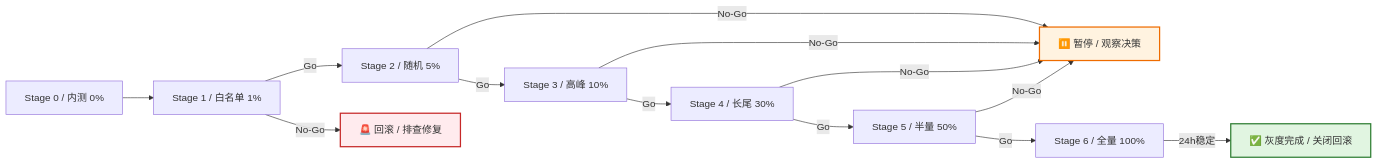
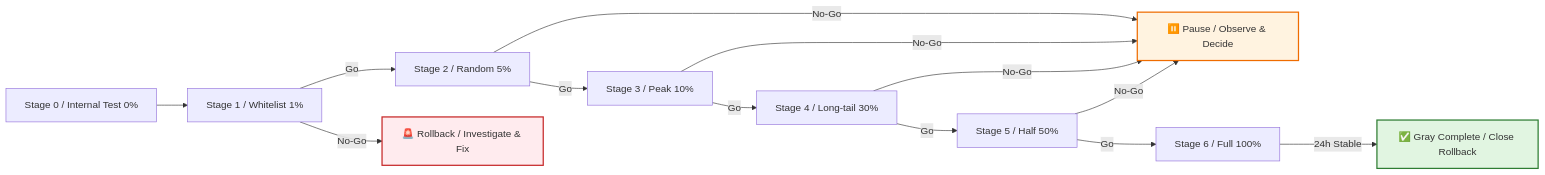
Before and after one commit to Kirky-X/cangjie: the sixth of 9 diagrams in templates/产品/交付层/【模板】灰度方案.md, drawn with Mermaid. The commit also changed other lines of this file and 46 other files, not shown here.

````diff
--- a/templates/产品/交付层/【模板】灰度方案.md
+++ b/templates/产品/交付层/【模板】灰度方案.md
@@ -317,19 +317,19 @@
 ```mermaid
 flowchart LR
-    S0[Stage 0 / 内测 0%] --> S1[Stage 1 / 白名单 1%]
-    S1 -->|Go| S2[Stage 2 / 随机 5%]
-    S1 -->|No-Go| R1[🚨 回滚 / 排查修复]
-    S2 -->|Go| S3[Stage 3 / 高峰 10%]
-    S2 -->|No-Go| R2[⏸️ 暂停 / 观察决策]
-    S3 -->|Go| S4[Stage 4 / 长尾 30%]
+    S0[Stage 0 / Internal Test 0%] --> S1[Stage 1 / Whitelist 1%]
+    S1 -->|Go| S2[Stage 2 / Random 5%]
+    S1 -->|No-Go| R1[🚨 Rollback / Investigate & Fix]
+    S2 -->|Go| S3[Stage 3 / Peak 10%]
+    S2 -->|No-Go| R2[⏸️ Pause / Observe & Decide]
+    S3 -->|Go| S4[Stage 4 / Long-tail 30%]
     S3 -->|No-Go| R2
-    S4 -->|Go| S5[Stage 5 / 半量 50%]
+    S4 -->|Go| S5[Stage 5 / Half 50%]
     S4 -->|No-Go| R2
-    S5 -->|Go| S6[Stage 6 / 全量 100%]
+    S5 -->|Go| S6[Stage 6 / Full 100%]
     S5 -->|No-Go| R2
-    S6 -->|24h稳定| E[✅ 灰度完成 / 关闭回滚]
+    S6 -->|24h Stable| E[✅ Gray Complete / Close Rollback]
 
     style R1 fill:#ffebee,stroke:#c62828,stroke-width:2px
     style R2 fill:#fff3e0,stroke:#ef6c00,stroke-width:2px
     style E fill:#e1f5e1,stroke:#2e7d32,stroke-width:2px
 ```
````
